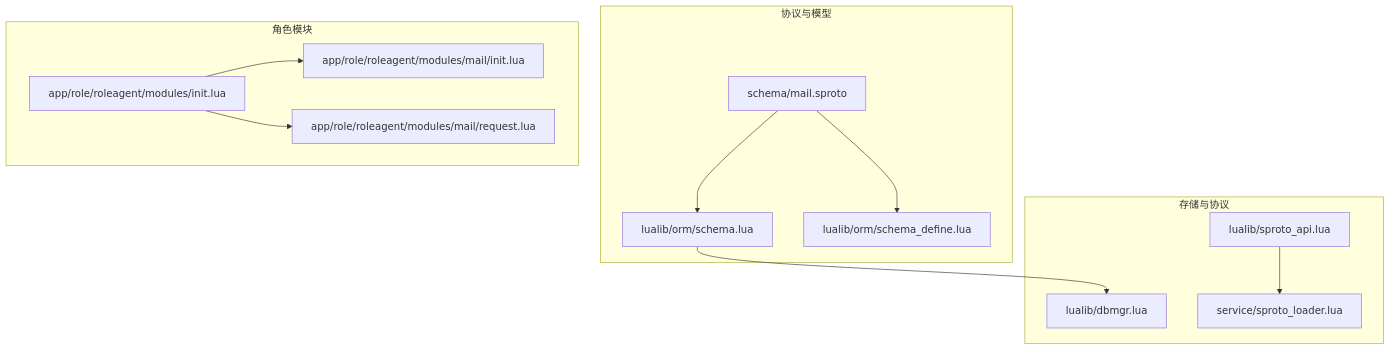
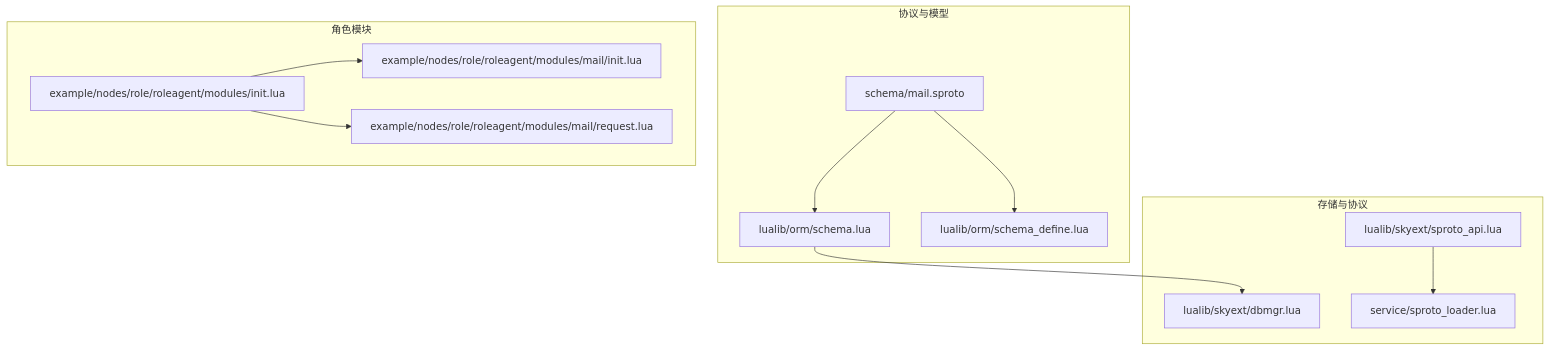
The first of 6 diagrams in docs/repowiki/zh/content/API 参考/二进制协议/邮件协议.md (hanxi/skyext), drawn with Mermaid before and after one commit. The commit also changed other lines of this file and 117 other files, not shown here.

````diff
--- a/docs/repowiki/zh/content/API 参考/二进制协议/邮件协议.md
+++ b/docs/repowiki/zh/content/API 参考/二进制协议/邮件协议.md
@@ -45,24 +45,24 @@
 ```mermaid
 graph TB
 subgraph "协议与模型"
 S["schema/mail.sproto"]
 O["lualib/orm/schema.lua"]
 D["lualib/orm/schema_define.lua"]
 end
 subgraph "角色模块"
-MInit["app/role/roleagent/modules/init.lua"]
-MailMod["app/role/roleagent/modules/mail/init.lua"]
-MailReq["app/role/roleagent/modules/mail/request.lua"]
+MInit["example/nodes/role/roleagent/modules/init.lua"]
+MailMod["example/nodes/role/roleagent/modules/mail/init.lua"]
+MailReq["example/nodes/role/roleagent/modules/mail/request.lua"]
 end
 subgraph "存储与协议"
-DBM["lualib/dbmgr.lua"]
-SPA["lualib/sproto_api.lua"]
+DBM["lualib/skyext/dbmgr.lua"]
+SPA["lualib/skyext/sproto_api.lua"]
 SL["service/sproto_loader.lua"]
 end
 S --> O
 S --> D
 MInit --> MailMod
 MInit --> MailReq
 O --> DBM
 SPA --> SL
 ```
````
